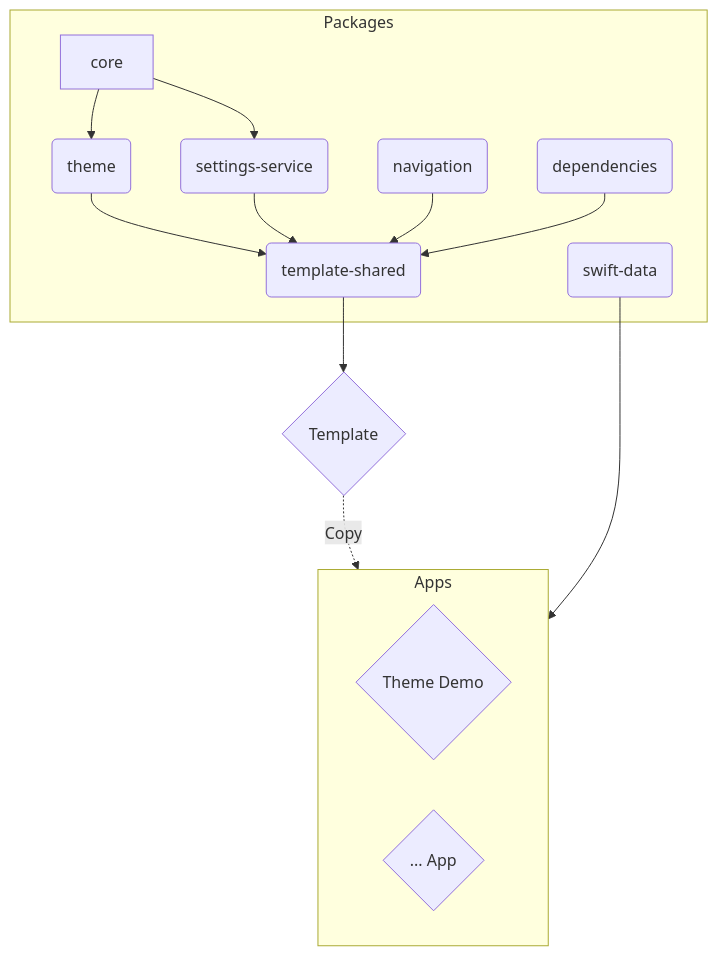
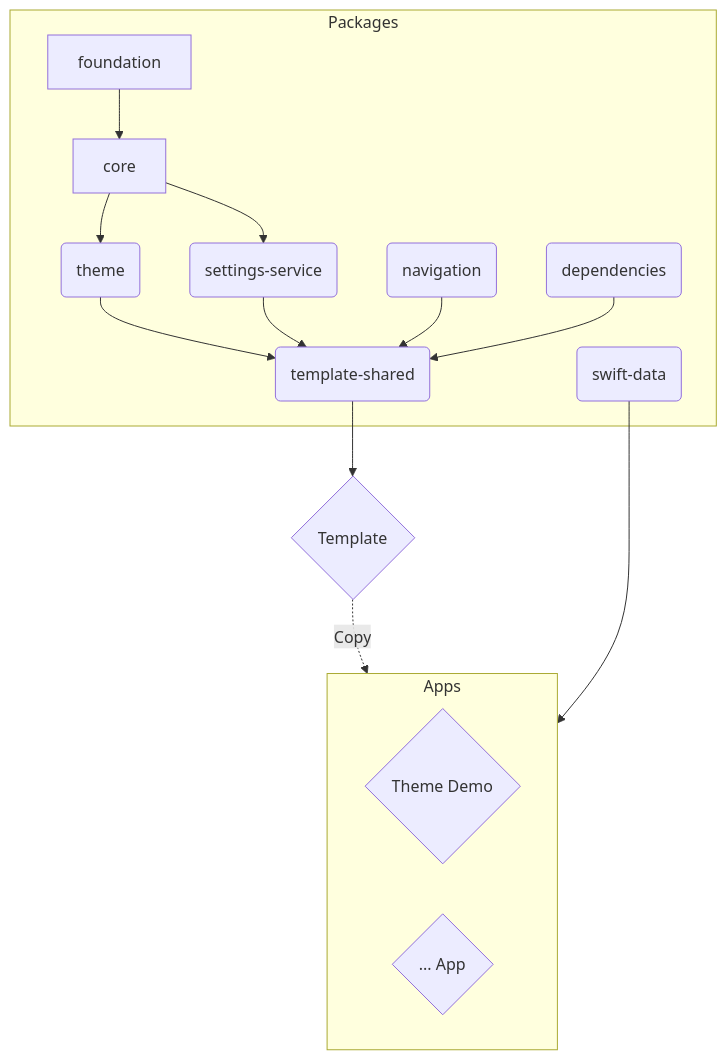
The diagram in README.md (simonnickel/snap), drawn with Mermaid before and after one commit. The commit also changed other lines of this file and 1 other file, not shown here.

Commit message:
Add SnapFoundation and update package template

````diff
--- a/README.md
+++ b/README.md
@@ -26,33 +26,36 @@
 ```mermaid
 flowchart TD
 
     subgraph Packages
-    C1[core]
+    C1[foundation]
+    C2[core]
     M2(theme)
     M3(settings-service)
     M4(navigation)
     M5(dependencies)
     M6(swift-data)
     M1(template-shared)
     end
     
     A1{Template}
 
     subgraph Apps
     A2{Theme Demo}
     A3{... App}
     end
 
-    C1 --> M2
-    C1 --> M3
+    C1 --> C2
+
+    C2 --> M2
+    C2 --> M3
 
     M2 --> M1
     M3 --> M1
     M4 --> M1
     M5 --> M1
 
     M1 --> A1
 
     A1 -.->|Copy| Apps
     M6 --> Apps
 ```
````
